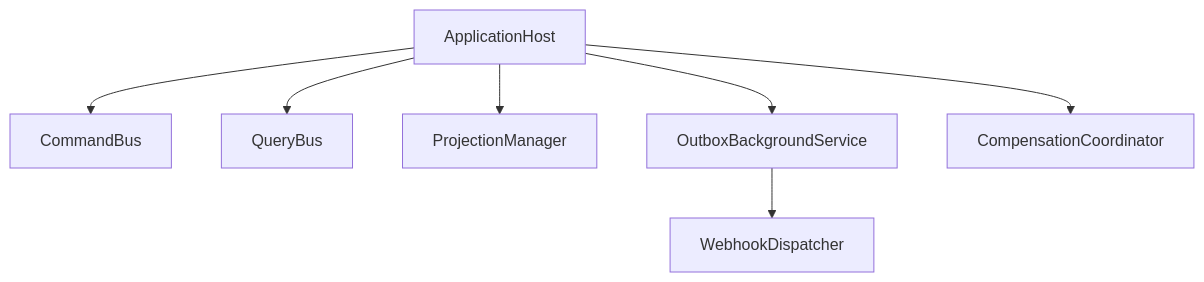
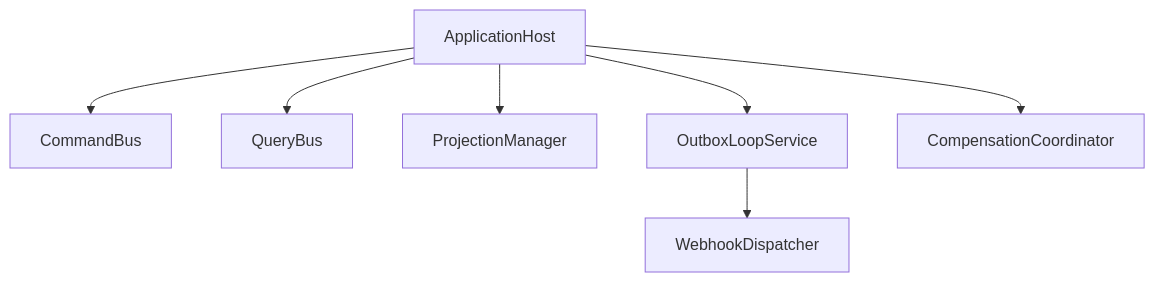
The eighth of 10 diagrams in ARCHITECTURE.md (JGabrielGruber/palm), drawn with Mermaid before and after one commit. The commit also changed other lines of this file and 34 other files, not shown here.

````diff
--- a/ARCHITECTURE.md
+++ b/ARCHITECTURE.md
@@ -625,17 +625,17 @@
 ```mermaid
 flowchart TB
     host[ApplicationHost]
     cmd[CommandBus]
     qry[QueryBus]
     proj[ProjectionManager]
-    outbox[OutboxBackgroundService]
+    outbox[OutboxLoopService]
     comp[CompensationCoordinator]
     webhook[WebhookDispatcher]
 
     host --> cmd
     host --> qry
     host --> proj
     host --> outbox
     host --> comp
     outbox --> webhook
 ```
````
